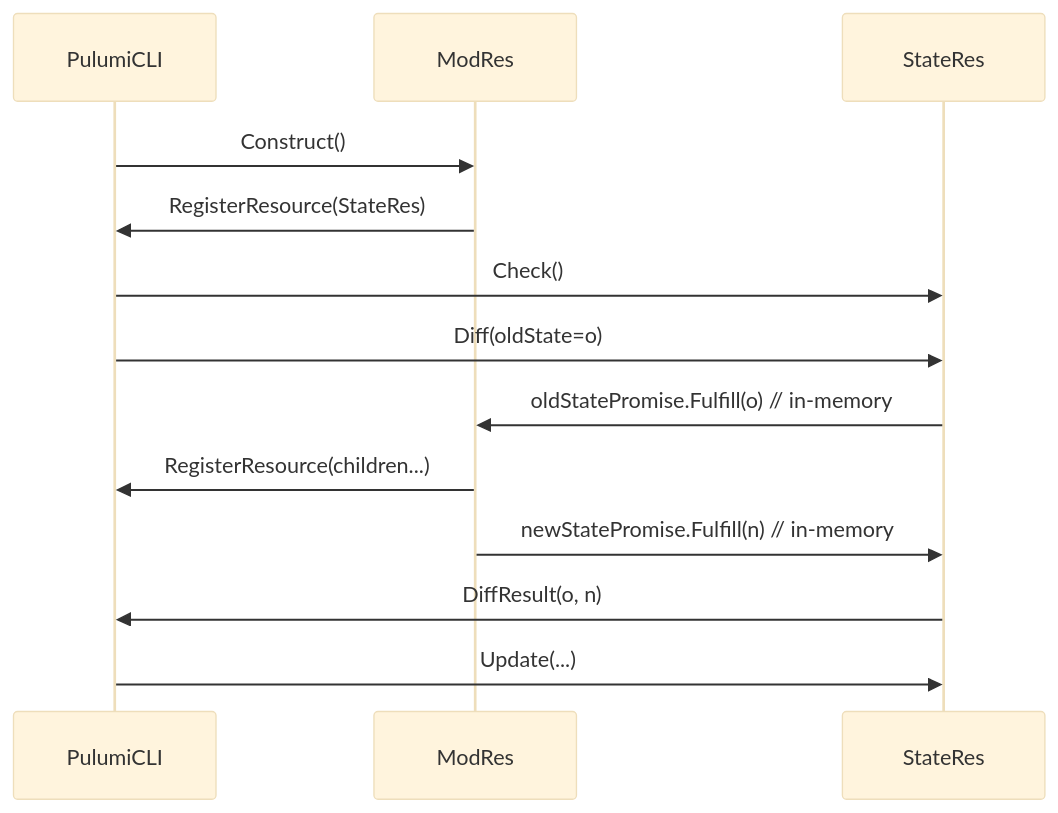
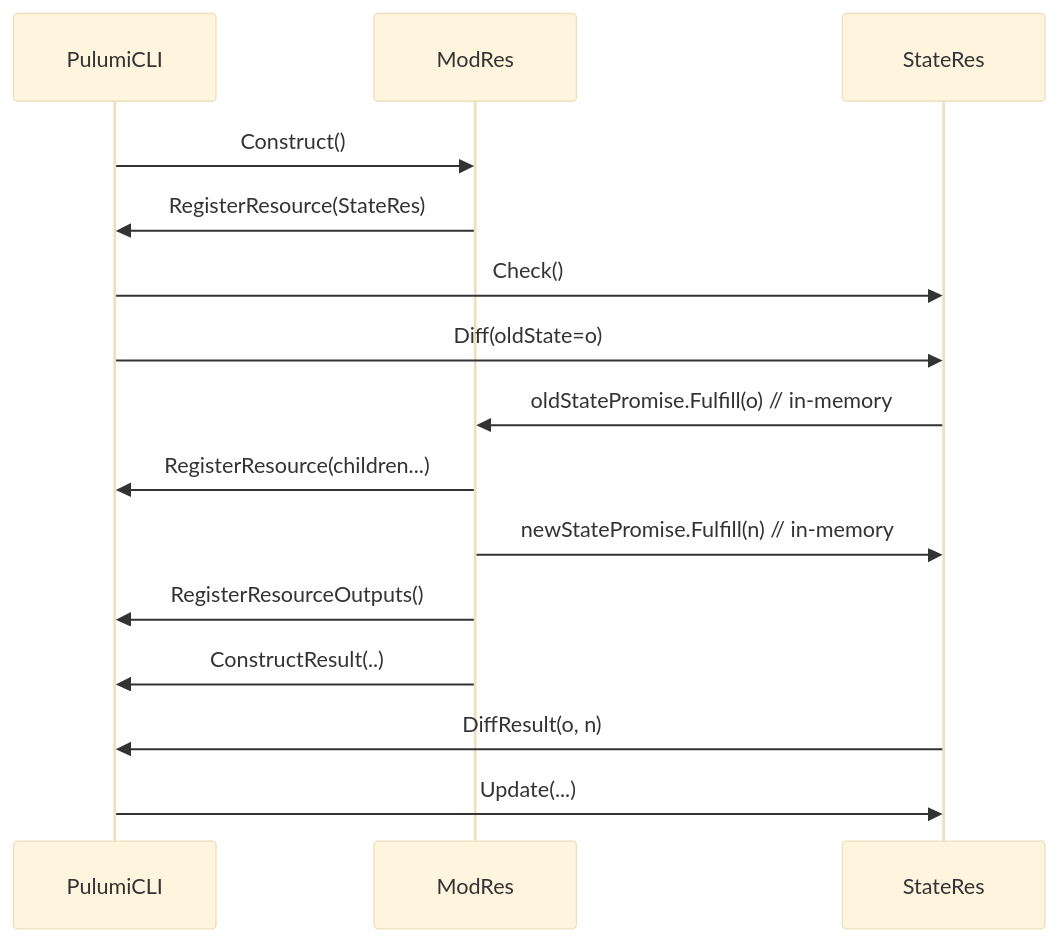
The diagram in docs/internals/module-state-resource.md (pulumi/pulumi-terraform-module), drawn with Mermaid (base theme) before and after one commit.

Commit message:
Highlight ConstructResult sequencing

````diff
--- a/docs/internals/module-state-resource.md
+++ b/docs/internals/module-state-resource.md
@@ -32,22 +32,25 @@
 ``` mermaid
 
 sequenceDiagram
   participant PulumiCLI
   participant ModRes
   participant StateRes
 
   PulumiCLI->>ModRes:  Construct()
   ModRes->>PulumiCLI:  RegisterResource(StateRes)
 
   PulumiCLI->>StateRes: Check()
   PulumiCLI->>StateRes: Diff(oldState=o)
 
   StateRes->>ModRes:    oldStatePromise.Fulfill(o) // in-memory
 
   ModRes->>PulumiCLI:   RegisterResource(children...)
   ModRes->>StateRes:    newStatePromise.Fulfill(n) // in-memory
 
+  ModRes->>PulumiCLI:   RegisterResourceOutputs()
+  ModRes->>PulumiCLI:   ConstructResult(..)
+
   StateRes->>PulumiCLI: DiffResult(o, n)
   PulumiCLI->>StateRes: Update(...)
 
 ```
````
